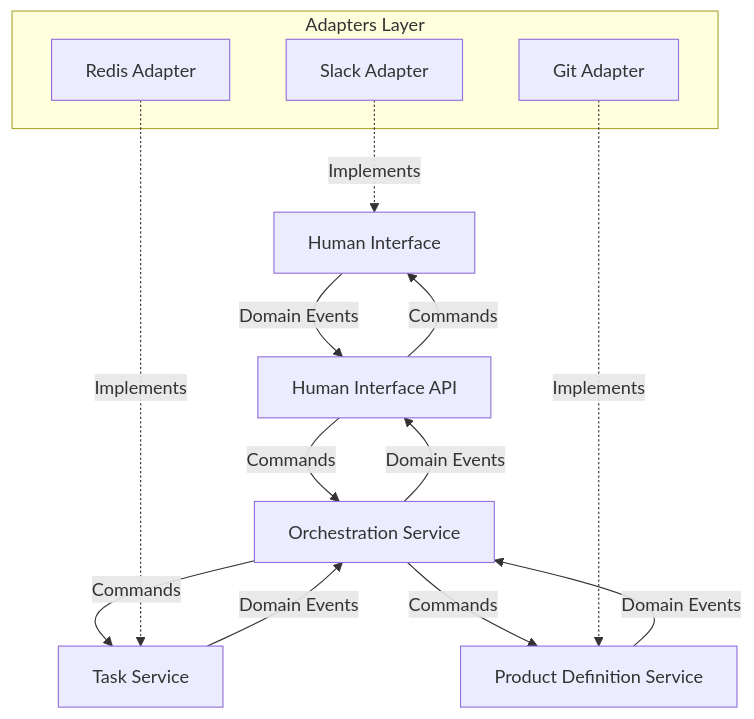
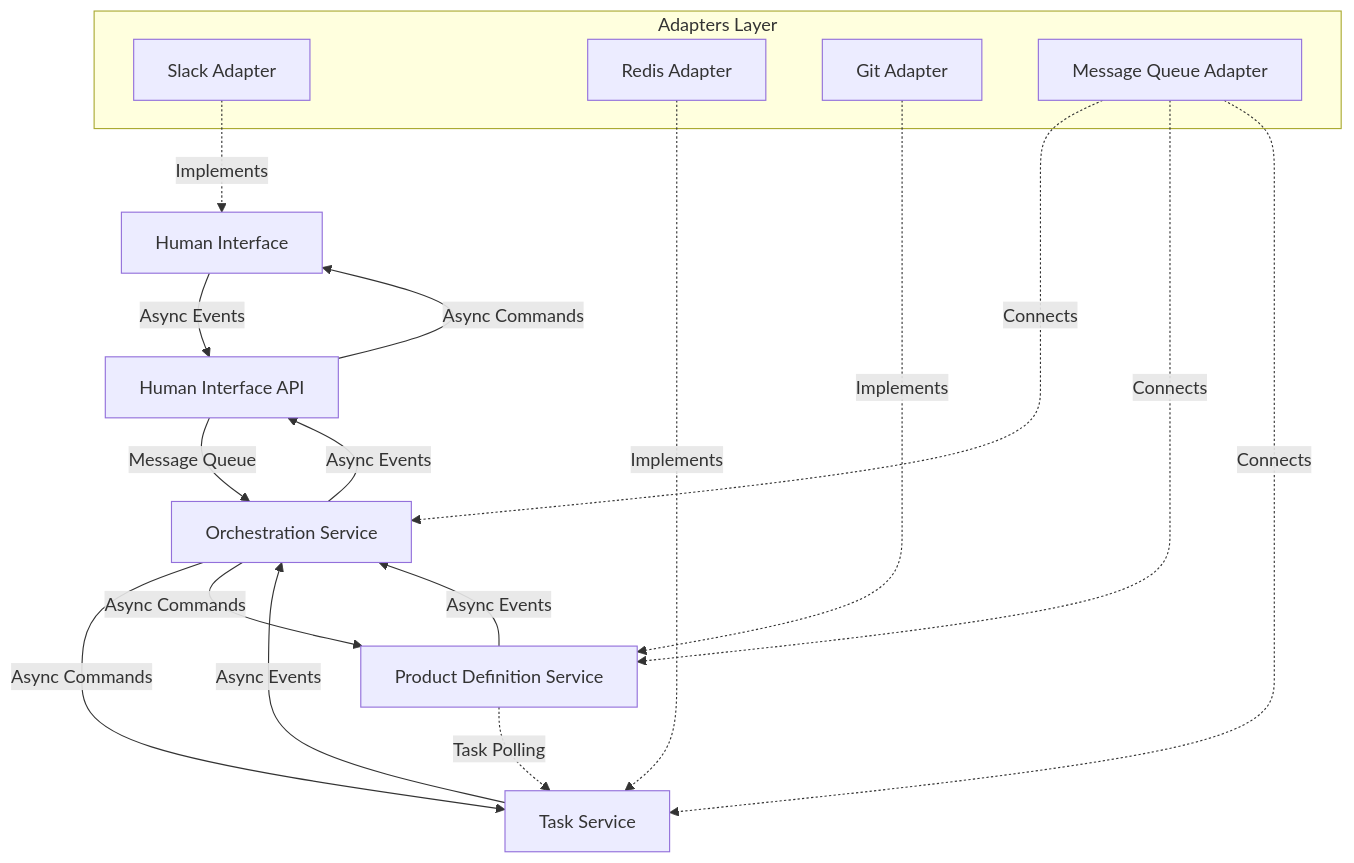
The first of 2 diagrams in docs/roadmap/phase1_implementation.md (kgatilin/aihive), drawn with Mermaid before and after one commit. The commit also changed other lines of this file and 1 other file, not shown here.

Commit message:
Update Phase 1 documentation to implement asynchronous workflow with task scanning and polling

````diff
--- a/docs/roadmap/phase1_implementation.md
+++ b/docs/roadmap/phase1_implementation.md
@@ -55,21 +76,26 @@
 ```mermaid
 graph TD
-    HI[Human Interface] -->|Domain Events| HA[Human Interface API]
-    HA -->|Commands| OA[Orchestration Service]
-    OA -->|Commands| TS[Task Service]
-    OA -->|Commands| PM[Product Definition Service]
-    PM -->|Domain Events| OA
-    TS -->|Domain Events| OA
-    OA -->|Domain Events| HA
-    HA -->|Commands| HI
+    HI[Human Interface] -->|Async Events| HA[Human Interface API]
+    HA -->|Message Queue| OA[Orchestration Service]
+    OA -->|Async Commands| TS[Task Service]
+    OA -->|Async Commands| PM[Product Definition Service]
+    PM -.->|Task Polling| TS
+    PM -->|Async Events| OA
+    TS -->|Async Events| OA
+    OA -->|Async Events| HA
+    HA -->|Async Commands| HI
     
     subgraph "Adapters Layer"
         SA[Slack Adapter]
         RA[Redis Adapter]
         GA[Git Adapter]
+        MQ[Message Queue Adapter]
     end
     
     SA -.->|Implements| HI
     RA -.->|Implements| TS
     GA -.->|Implements| PM
+    MQ -.->|Connects| OA
+    MQ -.->|Connects| PM
+    MQ -.->|Connects| TS
 ```
````
